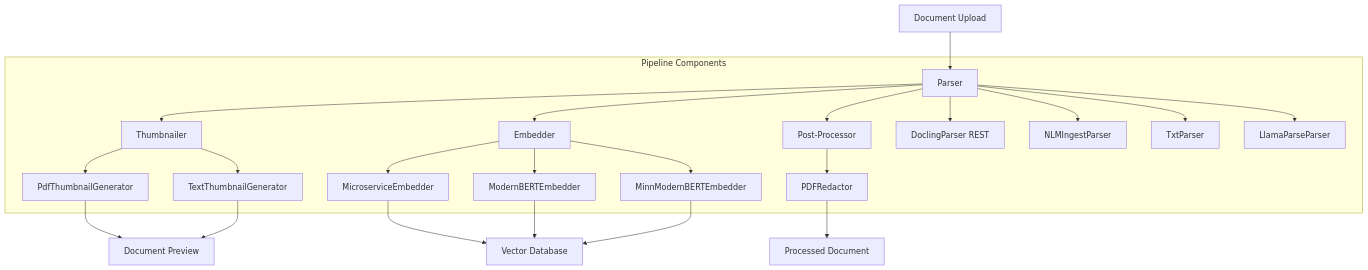
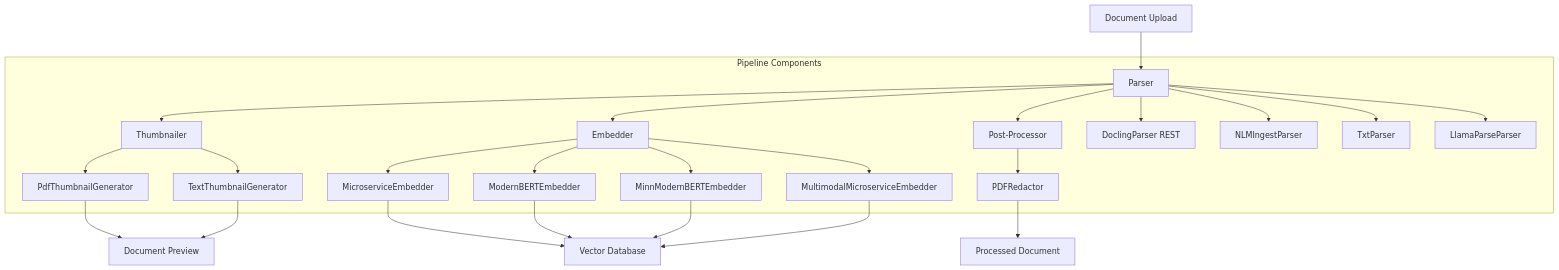
The diagram in docs/pipelines/pipeline_overview.md (baichuanping/OpenContracts), drawn with Mermaid before and after one commit. The commit also changed other lines of this file and 7 other files, not shown here.

First line of the commit message:
Add multimodal embedder service and integration tests

````diff
--- a/docs/pipelines/pipeline_overview.md
+++ b/docs/pipelines/pipeline_overview.md
@@ -15,30 +15,32 @@
 ```mermaid
 graph TD
     A[Document Upload] --> B[Parser]
     B --> C[Thumbnailer]
     B --> D[Embedder]
     B --> PP[Post-Processor]
 
     subgraph "Pipeline Components"
         B --> B1[DoclingParser REST]
         B --> B2[NLMIngestParser]
         B --> B3[TxtParser]
         B --> B4[LlamaParseParser]
 
         C --> C1[PdfThumbnailGenerator]
         C --> C2[TextThumbnailGenerator]
 
         D --> D1[MicroserviceEmbedder]
         D --> D2[ModernBERTEmbedder]
         D --> D3[MinnModernBERTEmbedder]
+        D --> D4[MultimodalMicroserviceEmbedder]
 
         PP --> PP1[PDFRedactor]
     end
 
     C1 --> E[Document Preview]
     C2 --> E
     D1 --> F[Vector Database]
     D2 --> F
     D3 --> F
+    D4 --> F
     PP1 --> G[Processed Document]
 ```
````
